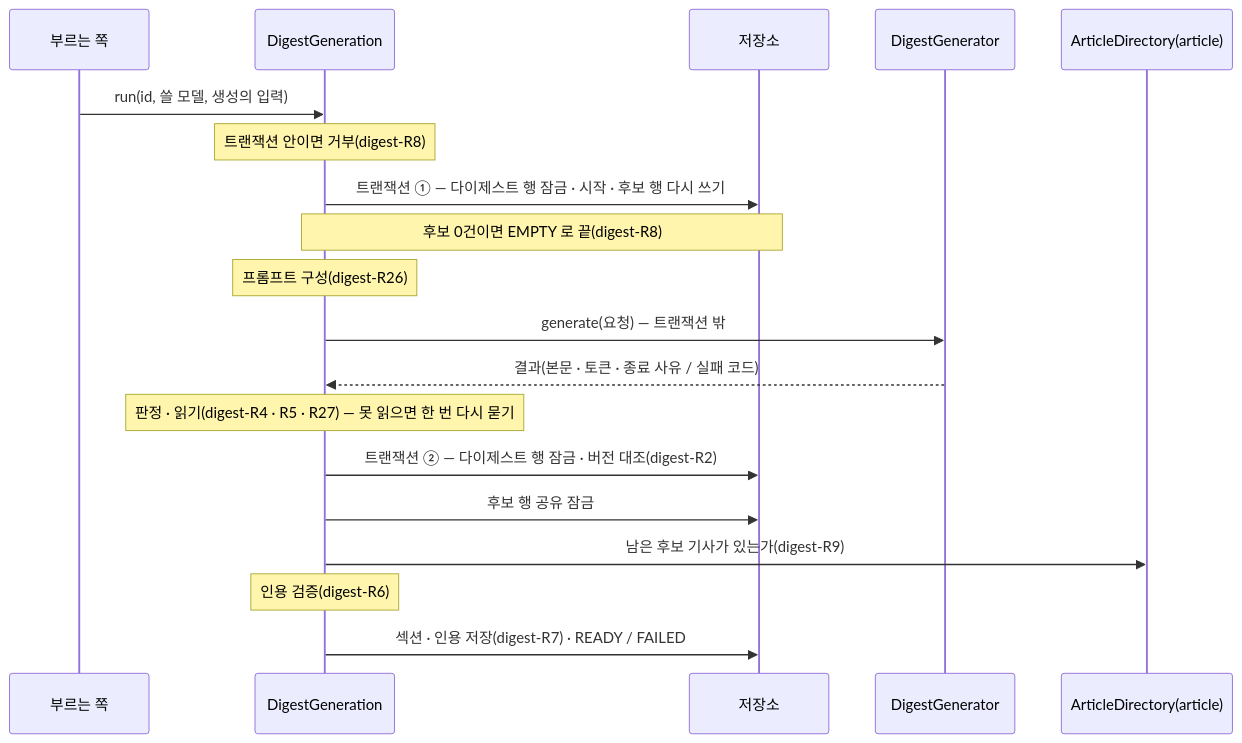
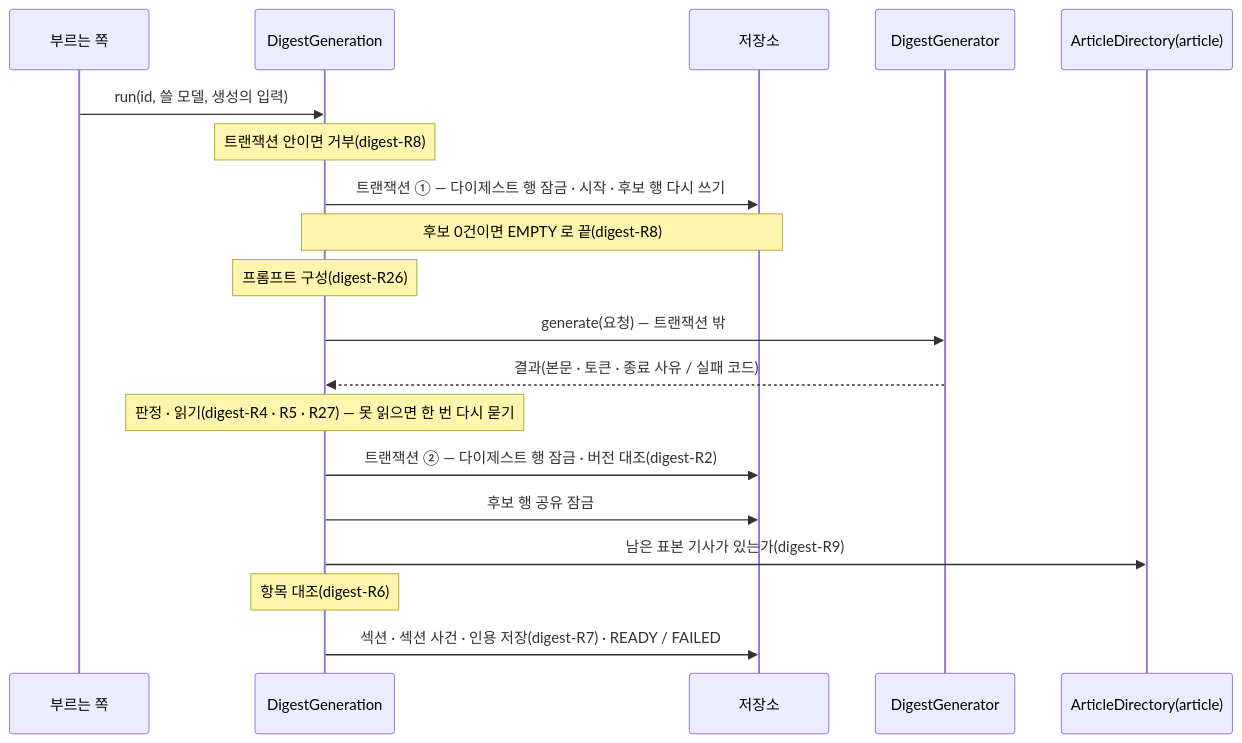
One commit to Theia0382/yozm-news changed the diagram in docs/specs/digest.md. Above: the diagram before and after it, drawn with Mermaid. The commit also changed other lines of this file and 66 other files, not shown here.

````diff
--- a/docs/specs/digest.md
+++ b/docs/specs/digest.md
@@ -276,21 +284,21 @@
 ```mermaid
 sequenceDiagram
     participant U as 부르는 쪽
     participant G as DigestGeneration
     participant DB as 저장소
     participant X as DigestGenerator
     participant A as ArticleDirectory(article)
     U->>G: run(id, 쓸 모델, 생성의 입력)
     Note over G: 트랜잭션 안이면 거부(digest-R8)
     G->>DB: 트랜잭션 ① — 다이제스트 행 잠금 · 시작 · 후보 행 다시 쓰기
     Note over G,DB: 후보 0건이면 EMPTY 로 끝(digest-R8)
     Note over G: 프롬프트 구성(digest-R26)
     G->>X: generate(요청) — 트랜잭션 밖
     X-->>G: 결과(본문 · 토큰 · 종료 사유 / 실패 코드)
     Note over G: 판정 · 읽기(digest-R4 · R5 · R27) — 못 읽으면 한 번 다시 묻기
     G->>DB: 트랜잭션 ② — 다이제스트 행 잠금 · 버전 대조(digest-R2)
     G->>DB: 후보 행 공유 잠금
-    G->>A: 남은 후보 기사가 있는가(digest-R9)
-    Note over G: 인용 검증(digest-R6)
-    G->>DB: 섹션 · 인용 저장(digest-R7) · READY / FAILED
+    G->>A: 남은 표본 기사가 있는가(digest-R9)
+    Note over G: 항목 대조(digest-R6)
+    G->>DB: 섹션 · 섹션 사건 · 인용 저장(digest-R7) · READY / FAILED
 ```
````
